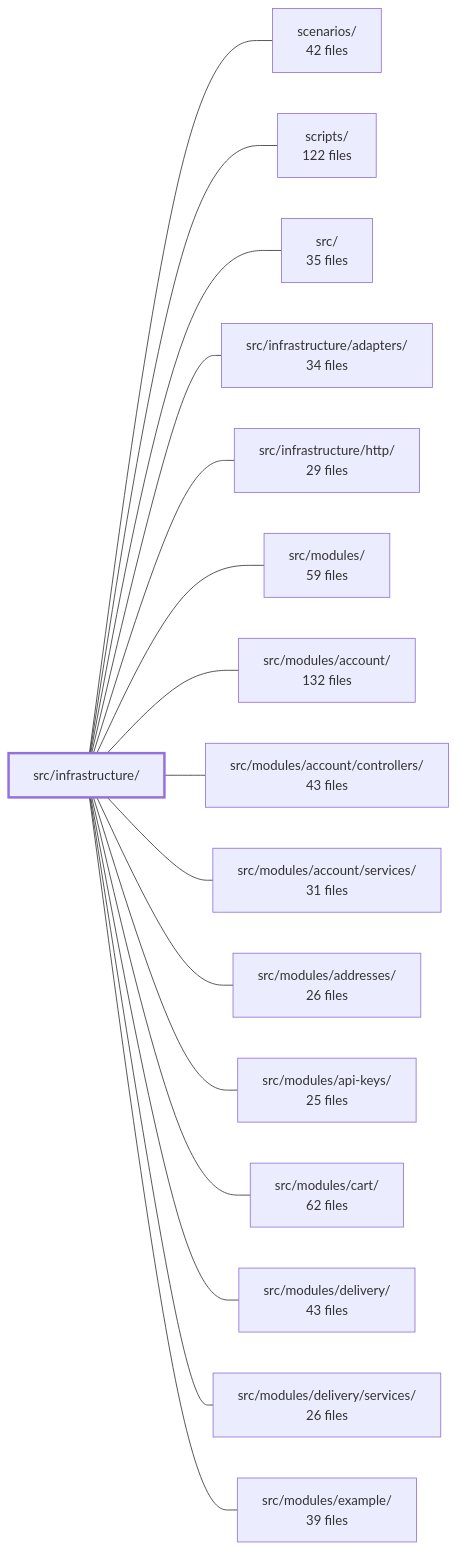
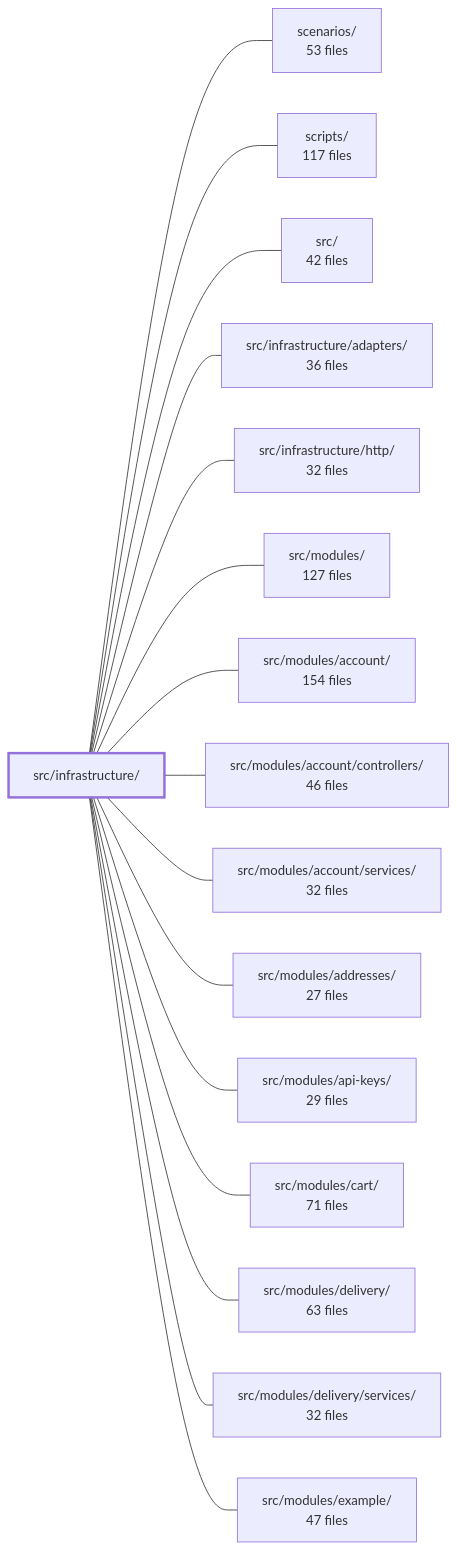
Before and after one commit to Guebbit/boilerplate-node-backend: the diagram in .2brain/modules/boilerplate-node-backend_src_infrastructure.md, drawn with Mermaid. The commit also changed other lines of this file and 1775 other files, not shown here.

````diff
--- a/.2brain/modules/boilerplate-node-backend_src_infrastructure.md
+++ b/.2brain/modules/boilerplate-node-backend_src_infrastructure.md
@@ -45,35 +37,35 @@
 ```mermaid
 flowchart LR
     m_src_infrastructure["src/infrastructure/"]
-    m_scenarios["scenarios/<br/>42 files"]
-    m_scripts["scripts/<br/>122 files"]
-    m_src["src/<br/>35 files"]
-    m_src_infrastructure_adapters["src/infrastructure/adapters/<br/>34 files"]
-    m_src_infrastructure_http["src/infrastructure/http/<br/>29 files"]
-    m_src_modules["src/modules/<br/>59 files"]
-    m_src_modules_account["src/modules/account/<br/>132 files"]
-    m_src_modules_account_controllers["src/modules/account/controllers/<br/>43 files"]
-    m_src_modules_account_services["src/modules/account/services/<br/>31 files"]
-    m_src_modules_addresses["src/modules/addresses/<br/>26 files"]
-    m_src_modules_api_keys["src/modules/api-keys/<br/>25 files"]
-    m_src_modules_cart["src/modules/cart/<br/>62 files"]
-    m_src_modules_delivery["src/modules/delivery/<br/>43 files"]
-    m_src_modules_delivery_services["src/modules/delivery/services/<br/>26 files"]
-    m_src_modules_example["src/modules/example/<br/>39 files"]
+    m_scenarios["scenarios/<br/>53 files"]
+    m_scripts["scripts/<br/>117 files"]
+    m_src["src/<br/>42 files"]
+    m_src_infrastructure_adapters["src/infrastructure/adapters/<br/>36 files"]
+    m_src_infrastructure_http["src/infrastructure/http/<br/>32 files"]
+    m_src_modules["src/modules/<br/>127 files"]
+    m_src_modules_account["src/modules/account/<br/>154 files"]
+    m_src_modules_account_controllers["src/modules/account/controllers/<br/>46 files"]
+    m_src_modules_account_services["src/modules/account/services/<br/>32 files"]
+    m_src_modules_addresses["src/modules/addresses/<br/>27 files"]
+    m_src_modules_api_keys["src/modules/api-keys/<br/>29 files"]
+    m_src_modules_cart["src/modules/cart/<br/>71 files"]
+    m_src_modules_delivery["src/modules/delivery/<br/>63 files"]
+    m_src_modules_delivery_services["src/modules/delivery/services/<br/>32 files"]
+    m_src_modules_example["src/modules/example/<br/>47 files"]
     m_src_infrastructure --- m_scenarios
     m_src_infrastructure --- m_scripts
     m_src_infrastructure --- m_src
     m_src_infrastructure --- m_src_infrastructure_adapters
     m_src_infrastructure --- m_src_infrastructure_http
     m_src_infrastructure --- m_src_modules
     m_src_infrastructure --- m_src_modules_account
     m_src_infrastructure --- m_src_modules_account_controllers
     m_src_infrastructure --- m_src_modules_account_services
     m_src_infrastructure --- m_src_modules_addresses
     m_src_infrastructure --- m_src_modules_api_keys
     m_src_infrastructure --- m_src_modules_cart
     m_src_infrastructure --- m_src_modules_delivery
     m_src_infrastructure --- m_src_modules_delivery_services
     m_src_infrastructure --- m_src_modules_example
     style m_src_infrastructure stroke-width:3px
 ```
````
